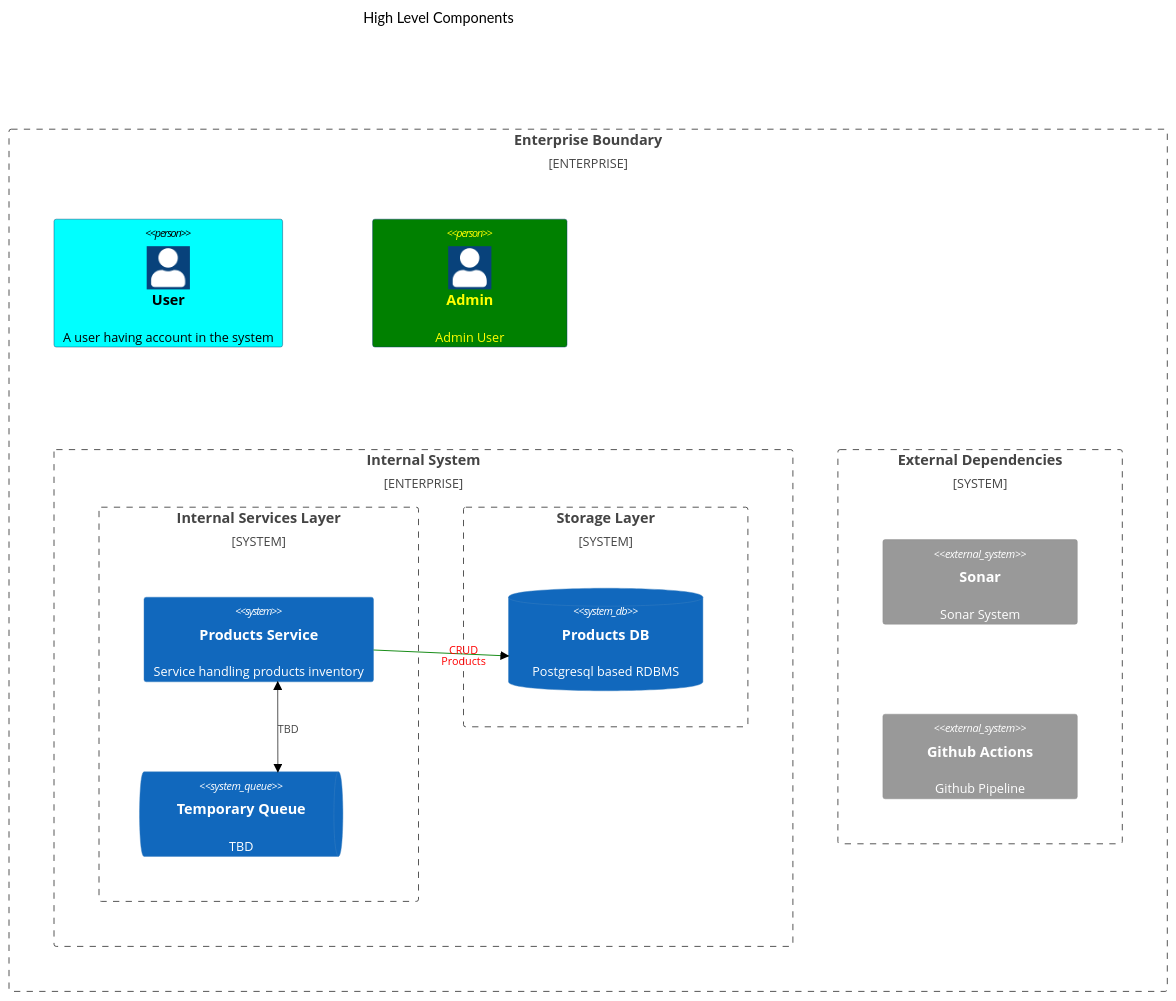
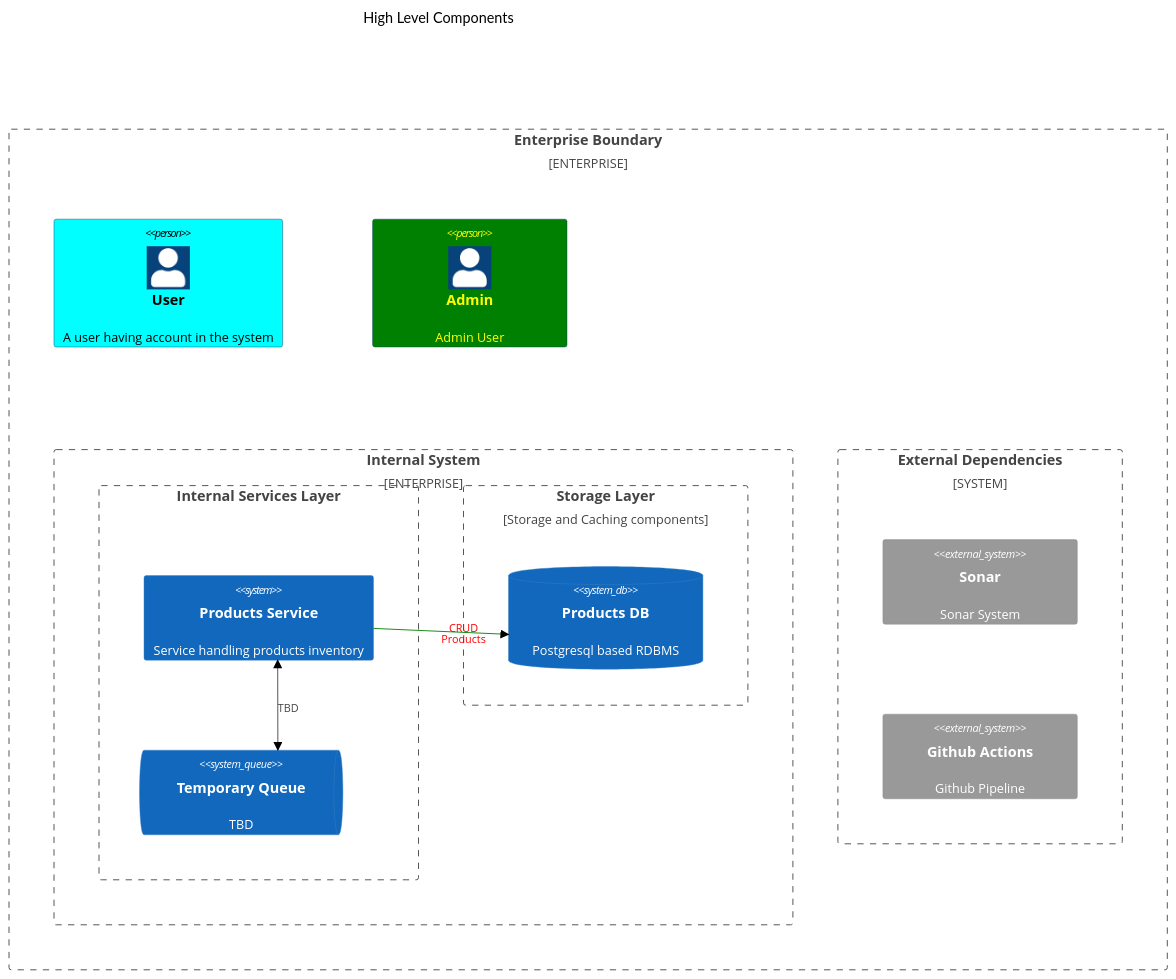
Before and after one commit to pritamprasd/kotlin-web: the diagram in README.md, drawn with Mermaid (forest theme). The commit also changed other lines of this file and 14 other files, not shown here.

````diff
--- a/README.md
+++ b/README.md
@@ -40,26 +40,27 @@
 ```mermaid
 C4Context
 title High Level Components
 Enterprise_Boundary(eb0, "Enterprise Boundary") {
     Person(p0, "User", "A user having account in the system")
     Person(p1, "Admin", "Admin User")
     Enterprise_Boundary(eb1, "Internal System") {
-        System_Boundary(sb0, "Internal Services Layer", "") {
+        Boundary(sb0, "Internal Services Layer", "") {
             System(s01, "Products Service", "Service handling products inventory")            
             SystemQueue(sq02, "Temporary Queue", "TBD")
         }
-        System_Boundary(sb1, "Storage Layer", "Storage and Caching components") {
+        Boundary(sb1, "Storage Layer", "Storage and Caching components") {
             SystemDb(sd11, "Products DB", "Postgresql based RDBMS")      
         }
     }
     System_Boundary(sb2, "External Dependencies", "External APIs") {
         System_Ext(s21, "Sonar", "Sonar System")
         System_Ext(s22, "Github Actions", "Github Pipeline")
     }               
 }
+
 Rel(s01, sd11, "CRUD<br>Products")
 UpdateElementStyle(p1, $fontColor="yellow", $bgColor="green")
 UpdateElementStyle(p0, $fontColor="black", $bgColor="aqua")
 UpdateRelStyle(s01, sd11, $textColor="red", $lineColor="green")
 BiRel(s01, sq02, "TBD")
 ```
````
